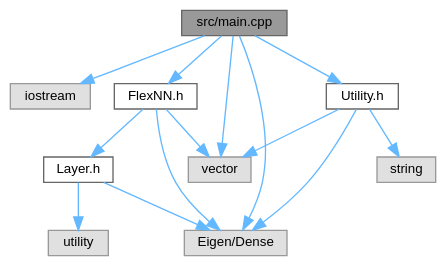
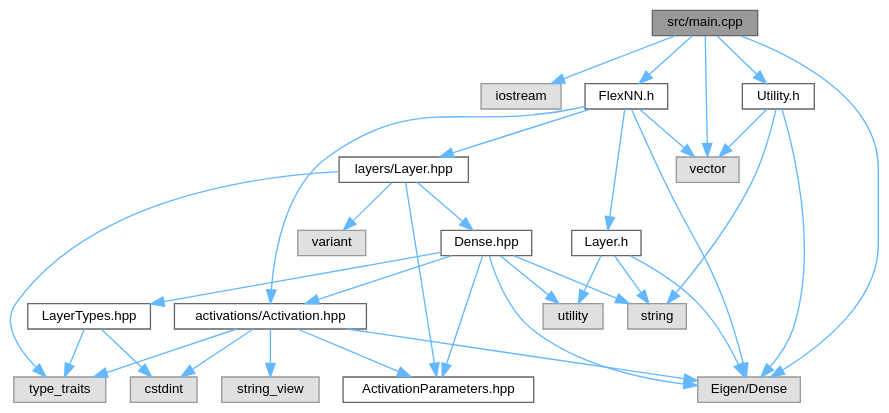
One commit to Nalin-Angrish/FlexNN changed the diagram in main_8cpp__incl.dot. Above: the diagram before and after it, drawn with Graphviz. The commit also changed 85 other files, not shown here.

```diff
--- a/main_8cpp__incl.dot
+++ b/main_8cpp__incl.dot
@@ -1,29 +1,58 @@
 digraph "src/main.cpp"
 {
  // LATEX_PDF_SIZE
   bgcolor="transparent";
   edge [fontname=Helvetica,fontsize=10,labelfontname=Helvetica,labelfontsize=10];
   node [fontname=Helvetica,fontsize=10,shape=box,height=0.2,width=0.4];
   Node1 [id="Node000001",label="src/main.cpp",height=0.2,width=0.4,color="gray40", fillcolor="grey60", style="filled", fontcolor="black",tooltip="Main file for the MNIST digit recognition example using FlexNN."];
   Node1 -> Node2 [id="edge1_Node000001_Node000002",color="steelblue1",style="solid",tooltip=" "];
   Node2 [id="Node000002",label="iostream",height=0.2,width=0.4,color="grey60", fillcolor="#E0E0E0", style="filled",tooltip=" "];
   Node1 -> Node3 [id="edge2_Node000001_Node000003",color="steelblue1",style="solid",tooltip=" "];
   Node3 [id="Node000003",label="vector",height=0.2,width=0.4,color="grey60", fillcolor="#E0E0E0", style="filled",tooltip=" "];
   Node1 -> Node4 [id="edge3_Node000001_Node000004",color="steelblue1",style="solid",tooltip=" "];
   Node4 [id="Node000004",label="Eigen/Dense",height=0.2,width=0.4,color="grey60", fillcolor="#E0E0E0", style="filled",tooltip=" "];
   Node1 -> Node5 [id="edge4_Node000001_Node000005",color="steelblue1",style="solid",tooltip=" "];
-  Node5 [id="Node000005",label="FlexNN.h",height=0.2,width=0.4,color="grey40", fillcolor="white", style="filled",URL="$FlexNN_8h.html",tooltip="Header file for the FlexNN neural network library."];
+  Node5 [id="Node000005",label="FlexNN.h",height=0.2,width=0.4,color="grey40", fillcolor="white", style="filled",URL="$FlexNN_8h.html",tooltip="Header for FlexNN neural network (heterogeneous stack via Layers::Layer)."];
   Node5 -> Node3 [id="edge5_Node000005_Node000003",color="steelblue1",style="solid",tooltip=" "];
   Node5 -> Node4 [id="edge6_Node000005_Node000004",color="steelblue1",style="solid",tooltip=" "];
   Node5 -> Node6 [id="edge7_Node000005_Node000006",color="steelblue1",style="solid",tooltip=" "];
-  Node6 [id="Node000006",label="Layer.h",height=0.2,width=0.4,color="grey40", fillcolor="white", style="filled",URL="$Layer_8h.html",tooltip="Header file for the Layer class in the FlexNN neural network library."];
+  Node6 [id="Node000006",label="activations/Activation.hpp",height=0.2,width=0.4,color="grey40", fillcolor="white", style="filled",URL="$Activation_8hpp.html",tooltip="Public activation enum and helpers for FlexNN."];
   Node6 -> Node7 [id="edge8_Node000006_Node000007",color="steelblue1",style="solid",tooltip=" "];
-  Node7 [id="Node000007",label="utility",height=0.2,width=0.4,color="grey60", fillcolor="#E0E0E0", style="filled",tooltip=" "];
-  Node6 -> Node4 [id="edge9_Node000006_Node000004",color="steelblue1",style="solid",tooltip=" "];
-  Node1 -> Node8 [id="edge10_Node000001_Node000008",color="steelblue1",style="solid",tooltip=" "];
-  Node8 [id="Node000008",label="Utility.h",height=0.2,width=0.4,color="grey40", fillcolor="white", style="filled",URL="$Utility_8h.html",tooltip="Utility functions for FlexNN neural network library."];
-  Node8 -> Node4 [id="edge11_Node000008_Node000004",color="steelblue1",style="solid",tooltip=" "];
-  Node8 -> Node9 [id="edge12_Node000008_Node000009",color="steelblue1",style="solid",tooltip=" "];
-  Node9 [id="Node000009",label="string",height=0.2,width=0.4,color="grey60", fillcolor="#E0E0E0", style="filled",tooltip=" "];
-  Node8 -> Node3 [id="edge13_Node000008_Node000003",color="steelblue1",style="solid",tooltip=" "];
+  Node7 [id="Node000007",label="cstdint",height=0.2,width=0.4,color="grey60", fillcolor="#E0E0E0", style="filled",tooltip=" "];
+  Node6 -> Node8 [id="edge9_Node000006_Node000008",color="steelblue1",style="solid",tooltip=" "];
+  Node8 [id="Node000008",label="string_view",height=0.2,width=0.4,color="grey60", fillcolor="#E0E0E0", style="filled",tooltip=" "];
+  Node6 -> Node9 [id="edge10_Node000006_Node000009",color="steelblue1",style="solid",tooltip=" "];
+  Node9 [id="Node000009",label="type_traits",height=0.2,width=0.4,color="grey60", fillcolor="#E0E0E0", style="filled",tooltip=" "];
+  Node6 -> Node4 [id="edge11_Node000006_Node000004",color="steelblue1",style="solid",tooltip=" "];
+  Node6 -> Node10 [id="edge12_Node000006_Node000010",color="steelblue1",style="solid",tooltip=" "];
+  Node10 [id="Node000010",label="ActivationParameters.hpp",height=0.2,width=0.4,color="grey40", fillcolor="white", style="filled",URL="$ActivationParameters_8hpp.html",tooltip="Per-activation hyperparameters for FlexNN::Activations."];
+  Node5 -> Node11 [id="edge13_Node000005_Node000011",color="steelblue1",style="solid",tooltip=" "];
+  Node11 [id="Node000011",label="layers/Layer.hpp",height=0.2,width=0.4,color="grey40", fillcolor="white", style="filled",URL="$Layer_8hpp.html",tooltip="Type-erased wrapper for FlexNN::Layers — heterogeneous stack without inheritance."];
+  Node11 -> Node9 [id="edge14_Node000011_Node000009",color="steelblue1",style="solid",tooltip=" "];
+  Node11 -> Node12 [id="edge15_Node000011_Node000012",color="steelblue1",style="solid",tooltip=" "];
+  Node12 [id="Node000012",label="variant",height=0.2,width=0.4,color="grey60", fillcolor="#E0E0E0", style="filled",tooltip=" "];
+  Node11 -> Node13 [id="edge16_Node000011_Node000013",color="steelblue1",style="solid",tooltip=" "];
+  Node13 [id="Node000013",label="Dense.hpp",height=0.2,width=0.4,color="grey40", fillcolor="white", style="filled",URL="$Dense_8hpp.html",tooltip="Dense (fully-connected) layer for FlexNN::Layers."];
+  Node13 -> Node14 [id="edge17_Node000013_Node000014",color="steelblue1",style="solid",tooltip=" "];
+  Node14 [id="Node000014",label="string",height=0.2,width=0.4,color="grey60", fillcolor="#E0E0E0", style="filled",tooltip=" "];
+  Node13 -> Node15 [id="edge18_Node000013_Node000015",color="steelblue1",style="solid",tooltip=" "];
+  Node15 [id="Node000015",label="utility",height=0.2,width=0.4,color="grey60", fillcolor="#E0E0E0", style="filled",tooltip=" "];
+  Node13 -> Node4 [id="edge19_Node000013_Node000004",color="steelblue1",style="solid",tooltip=" "];
+  Node13 -> Node16 [id="edge20_Node000013_Node000016",color="steelblue1",style="solid",tooltip=" "];
+  Node16 [id="Node000016",label="LayerTypes.hpp",height=0.2,width=0.4,color="grey40", fillcolor="white", style="filled",URL="$LayerTypes_8hpp.html",tooltip="Shared PODs for FlexNN::Layers — LayerType, DType, and per-type Params."];
+  Node16 -> Node7 [id="edge21_Node000016_Node000007",color="steelblue1",style="solid",tooltip=" "];
+  Node16 -> Node9 [id="edge22_Node000016_Node000009",color="steelblue1",style="solid",tooltip=" "];
+  Node13 -> Node6 [id="edge23_Node000013_Node000006",color="steelblue1",style="solid",tooltip=" "];
+  Node13 -> Node10 [id="edge24_Node000013_Node000010",color="steelblue1",style="solid",tooltip=" "];
+  Node11 -> Node10 [id="edge25_Node000011_Node000010",color="steelblue1",style="solid",tooltip=" "];
+  Node5 -> Node17 [id="edge26_Node000005_Node000017",color="steelblue1",style="solid",tooltip=" "];
+  Node17 [id="Node000017",label="Layer.h",height=0.2,width=0.4,color="grey40", fillcolor="white", style="filled",URL="$Layer_8h.html",tooltip="Header file for the Layer class in the FlexNN neural network library."];
+  Node17 -> Node14 [id="edge27_Node000017_Node000014",color="steelblue1",style="solid",tooltip=" "];
+  Node17 -> Node15 [id="edge28_Node000017_Node000015",color="steelblue1",style="solid",tooltip=" "];
+  Node17 -> Node4 [id="edge29_Node000017_Node000004",color="steelblue1",style="solid",tooltip=" "];
+  Node1 -> Node18 [id="edge30_Node000001_Node000018",color="steelblue1",style="solid",tooltip=" "];
+  Node18 [id="Node000018",label="Utility.h",height=0.2,width=0.4,color="grey40", fillcolor="white", style="filled",URL="$Utility_8h.html",tooltip="Utility functions for FlexNN neural network library."];
+  Node18 -> Node4 [id="edge31_Node000018_Node000004",color="steelblue1",style="solid",tooltip=" "];
+  Node18 -> Node14 [id="edge32_Node000018_Node000014",color="steelblue1",style="solid",tooltip=" "];
+  Node18 -> Node3 [id="edge33_Node000018_Node000003",color="steelblue1",style="solid",tooltip=" "];
 }
```
